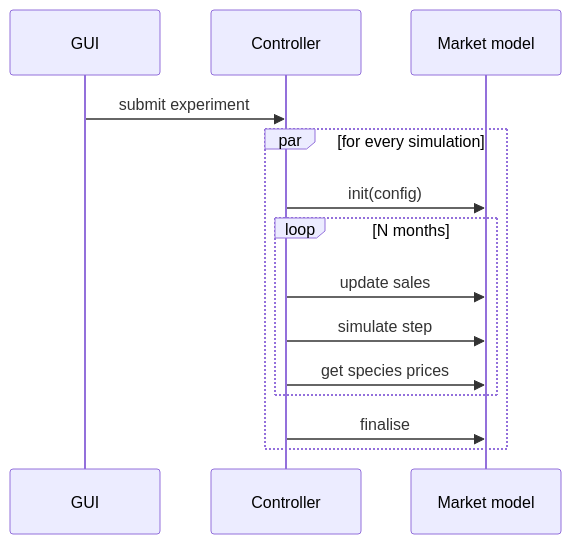
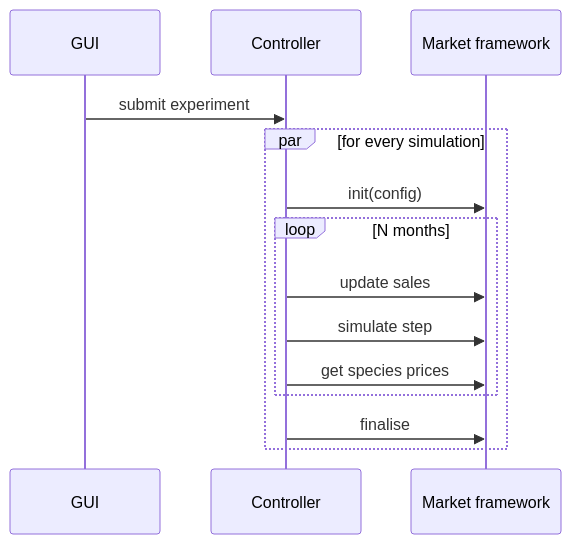
One commit to SURIMI-Project/SURIMI-project changed the first of 3 diagrams in deliverables/D3.1 - System dynamics model/D3.1 - System dynamics model.md. Above: the diagram before and after it, drawn with Mermaid. The commit also changed other lines of this file, not shown here.

````diff
--- a/deliverables/D3.1 - System dynamics model/D3.1 - System dynamics model.md
+++ b/deliverables/D3.1 - System dynamics model/D3.1 - System dynamics model.md
@@ -58,20 +54,20 @@
 ```mermaid
 sequenceDiagram
     participant GUI
     participant Controller
-    participant Market model
+    participant Market framework
 
     GUI ->> Controller : submit experiment
 
     par for every simulation
-        Controller ->> Market model : init(config)
+        Controller ->> Market framework : init(config)
 
         loop N months
-            Controller ->> Market model : update sales
-            Controller ->> Market model : simulate step
-            Controller ->> Market model : get species prices
+            Controller ->> Market framework : update sales
+            Controller ->> Market framework : simulate step
+            Controller ->> Market framework : get species prices
         end
 
-        Controller ->> Market model : finalise
+        Controller ->> Market framework : finalise
     end
 ```
````
